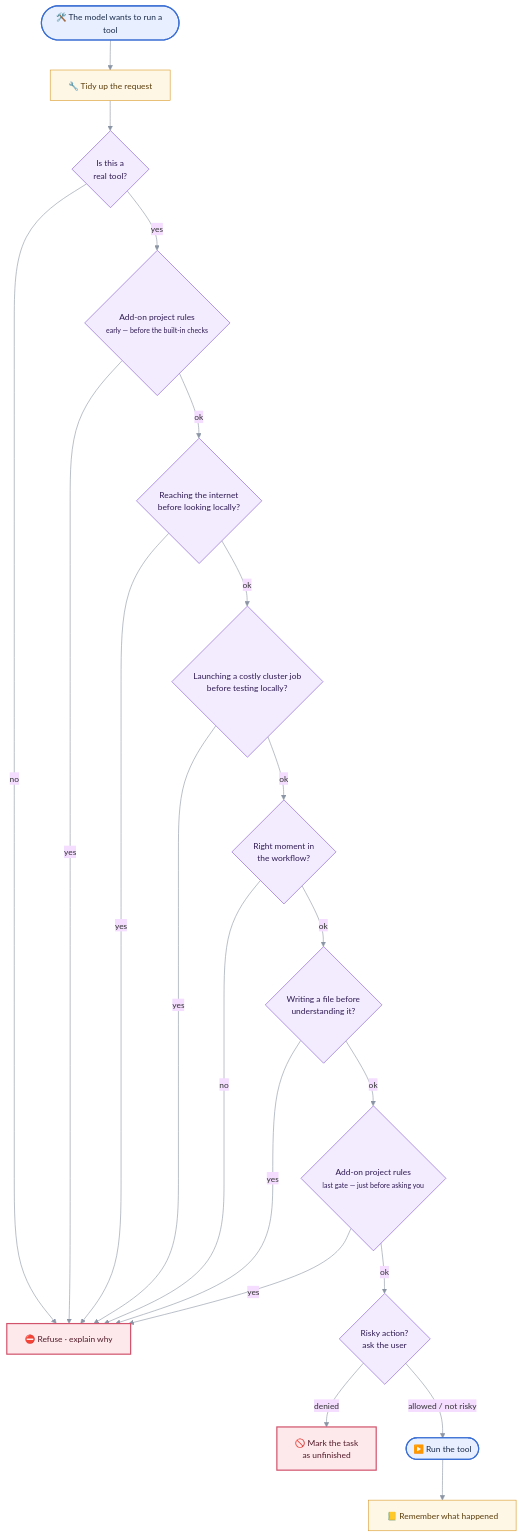
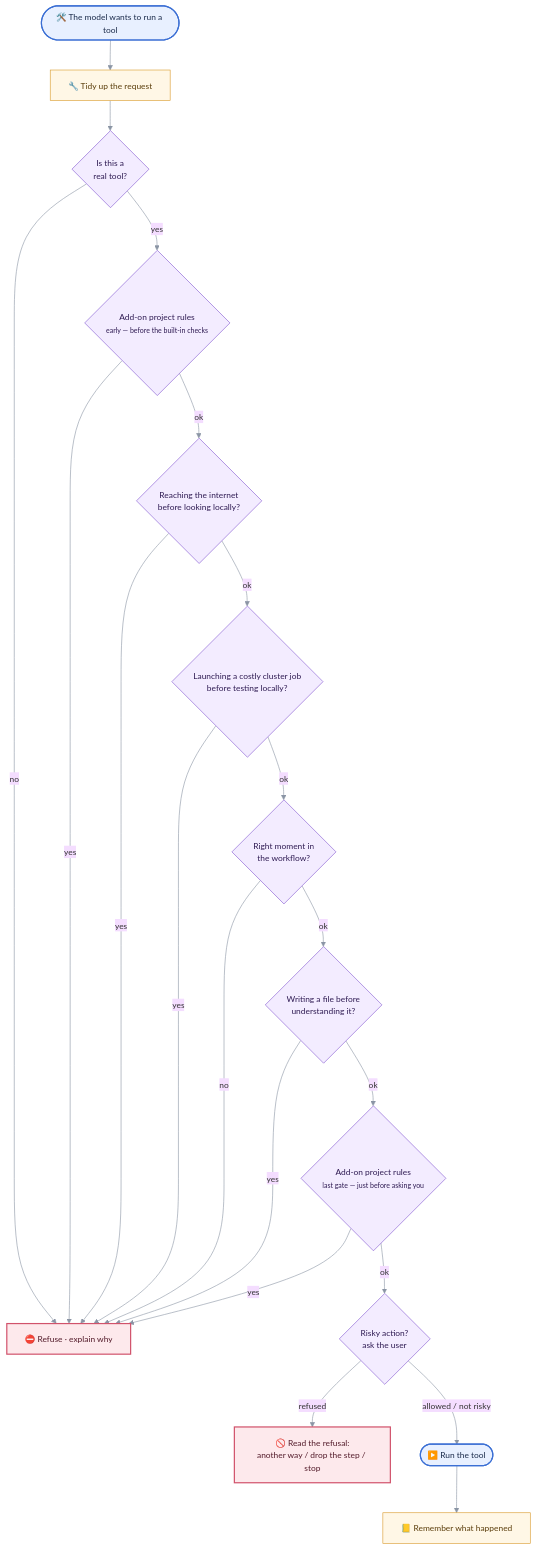
The first of 2 diagrams in POLICY.md (MIMIR-LLM4CSE/MIMIR), drawn with Mermaid before and after one commit. The commit also changed other lines of this file and 65 other files, not shown here.

````diff
--- a/POLICY.md
+++ b/POLICY.md
@@ -50,34 +51,34 @@
 ```mermaid
 %%{init: {'theme':'base','themeVariables':{'fontSize':'14px','lineColor':'#8b95a5','primaryBorderColor':'#5b6270'}}}%%
 flowchart TD
     A(["🛠️ The model wants to run a tool"]) --> B["🔧 Tidy up the request"]
     B --> C{"Is this a<br/>real tool?"}
     C -- no --> X["⛔ Refuse · explain why"]
     C -- yes --> D{"Add-on project rules<br/><small>early — before the built-in checks</small>"}
     D -- yes --> X
     D -- ok --> E{"Reaching the internet<br/>before looking locally?"}
     E -- yes --> X
     E -- ok --> F{"Launching a costly cluster job<br/>before testing locally?"}
     F -- yes --> X
     F -- ok --> G{"Right moment in<br/>the workflow?"}
     G -- no --> X
     G -- ok --> H{"Writing a file before<br/>understanding it?"}
     H -- yes --> X
     H -- ok --> I{"Add-on project rules<br/><small>last gate — just before asking you</small>"}
     I -- yes --> X
     I -- ok --> J{"Risky action?<br/>ask the user"}
-    J -- denied --> Y["🚫 Mark the task<br/>as unfinished"]
+    J -- refused --> Y["🚫 Read the refusal:<br/>another way / drop the step / stop"]
     J -- "allowed / not risky" --> K(["▶️ Run the tool"])
     K --> L["📒 Remember what happened"]
 
     classDef entry fill:#e8f0ff,stroke:#3b6fd4,stroke-width:2px,color:#1a2a4a;
     classDef step fill:#fff7e6,stroke:#d99a2b,color:#5a3d0a;
     classDef decision fill:#f3ecff,stroke:#8257d1,color:#2e1a52;
     classDef block fill:#fde9ec,stroke:#d1526b,stroke-width:2px,color:#521a29;
     classDef done fill:#e6faf1,stroke:#1f9d6a,stroke-width:2px,color:#0f3d29;
 
     class A,K entry;
     class B,L step;
     class C,D,E,F,G,H,I,J decision;
     class X,Y block;
 ```
````
